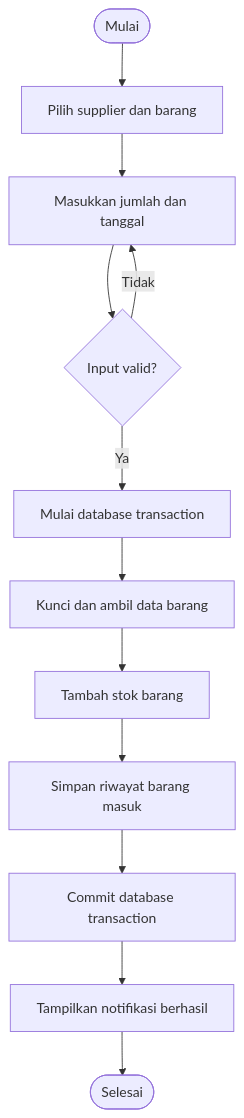
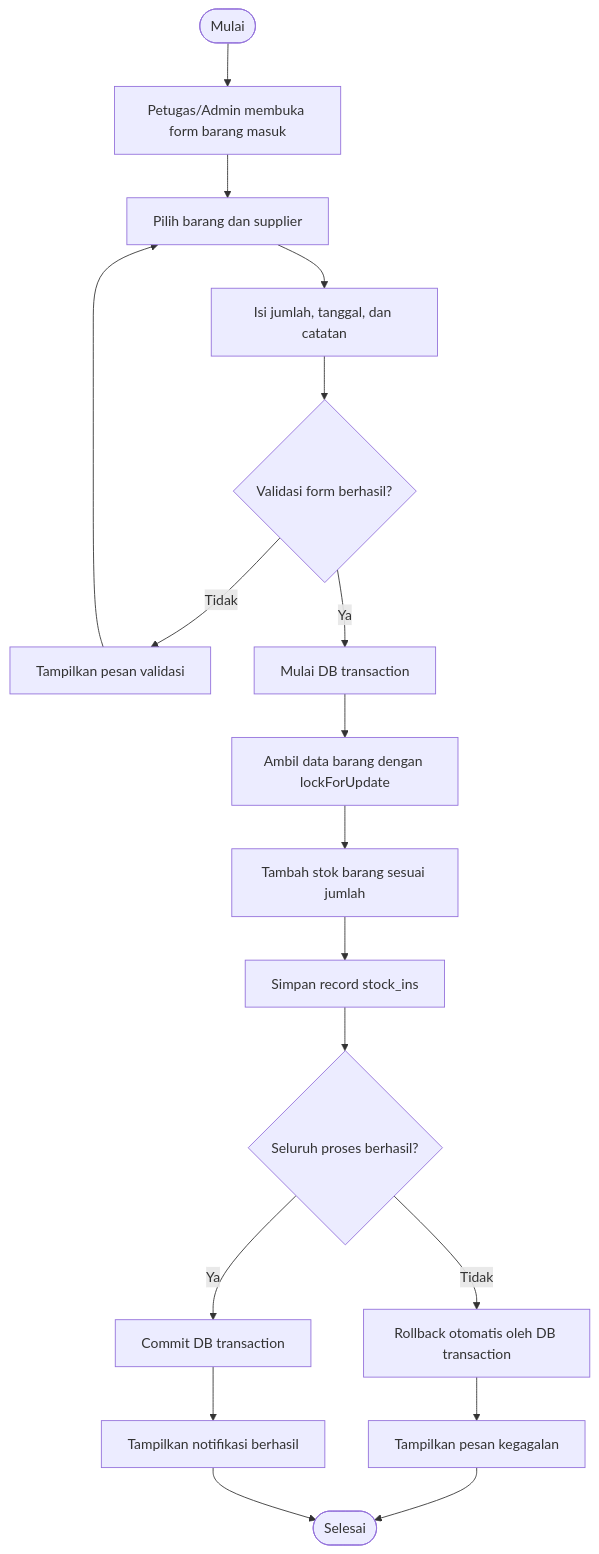
The diagram in docs/activity-barang-masuk.mmd (allegra511/inventaris-laravel-starter), drawn with Mermaid before and after one commit. The commit also changed other lines of this file and 53 other files, not shown here.

```diff
--- a/docs/activity-barang-masuk.mmd
+++ b/docs/activity-barang-masuk.mmd
@@ -1,12 +1,18 @@
 flowchart TD
-    A([Mulai]) --> B[Pilih supplier dan barang]
-    B --> C[Masukkan jumlah dan tanggal]
-    C --> D{Input valid?}
-    D -- Tidak --> C
-    D -- Ya --> E[Mulai database transaction]
-    E --> F[Kunci dan ambil data barang]
-    F --> G[Tambah stok barang]
-    G --> H[Simpan riwayat barang masuk]
-    H --> I[Commit database transaction]
-    I --> J[Tampilkan notifikasi berhasil]
-    J --> K([Selesai])
+    A([Mulai]) --> B[Petugas/Admin membuka form barang masuk]
+    B --> C[Pilih barang dan supplier]
+    C --> D[Isi jumlah, tanggal, dan catatan]
+    D --> E{Validasi form berhasil?}
+    E -- Tidak --> F[Tampilkan pesan validasi]
+    F --> C
+    E -- Ya --> G[Mulai DB transaction]
+    G --> H[Ambil data barang dengan lockForUpdate]
+    H --> I[Tambah stok barang sesuai jumlah]
+    I --> J[Simpan record stock_ins]
+    J --> K{Seluruh proses berhasil?}
+    K -- Tidak --> L[Rollback otomatis oleh DB transaction]
+    L --> M[Tampilkan pesan kegagalan]
+    K -- Ya --> N[Commit DB transaction]
+    N --> O[Tampilkan notifikasi berhasil]
+    M --> P([Selesai])
+    O --> P
```
